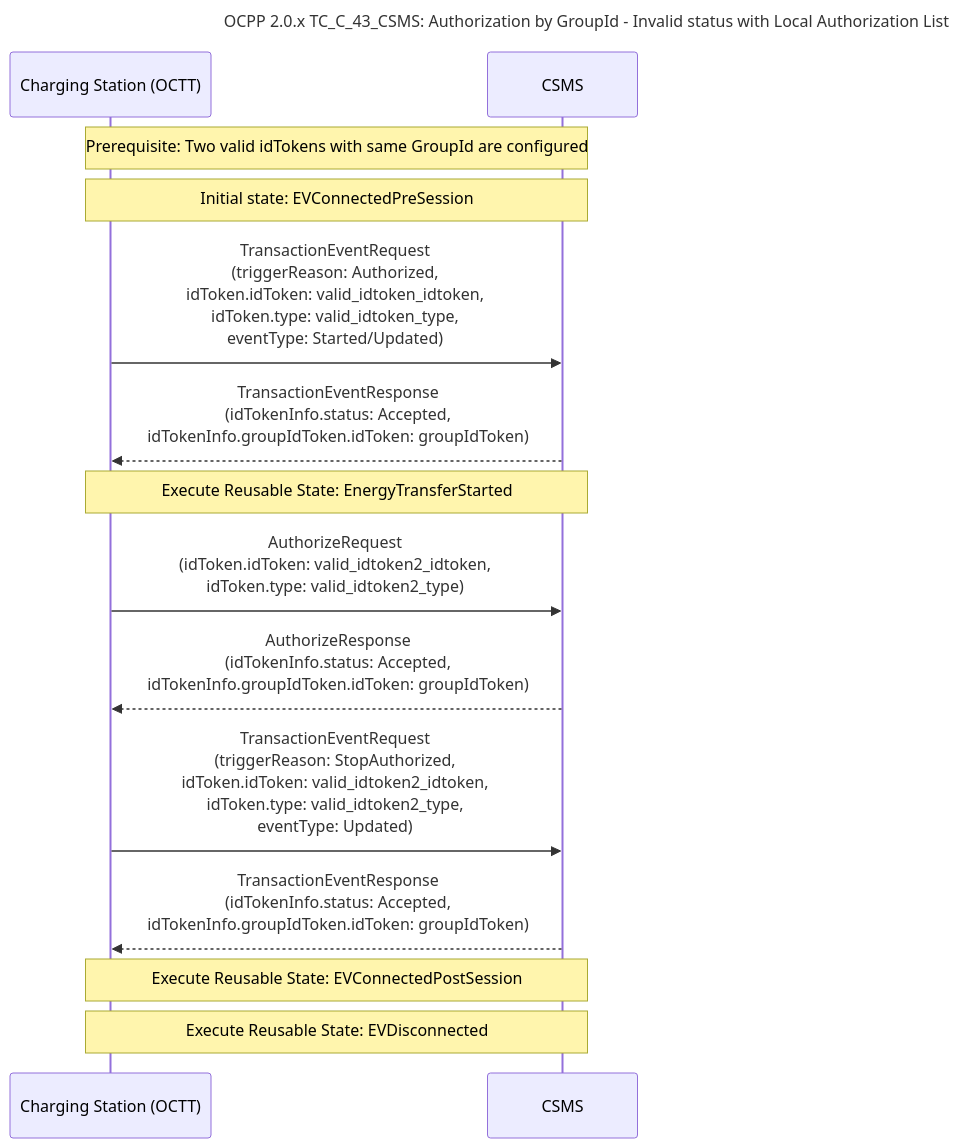
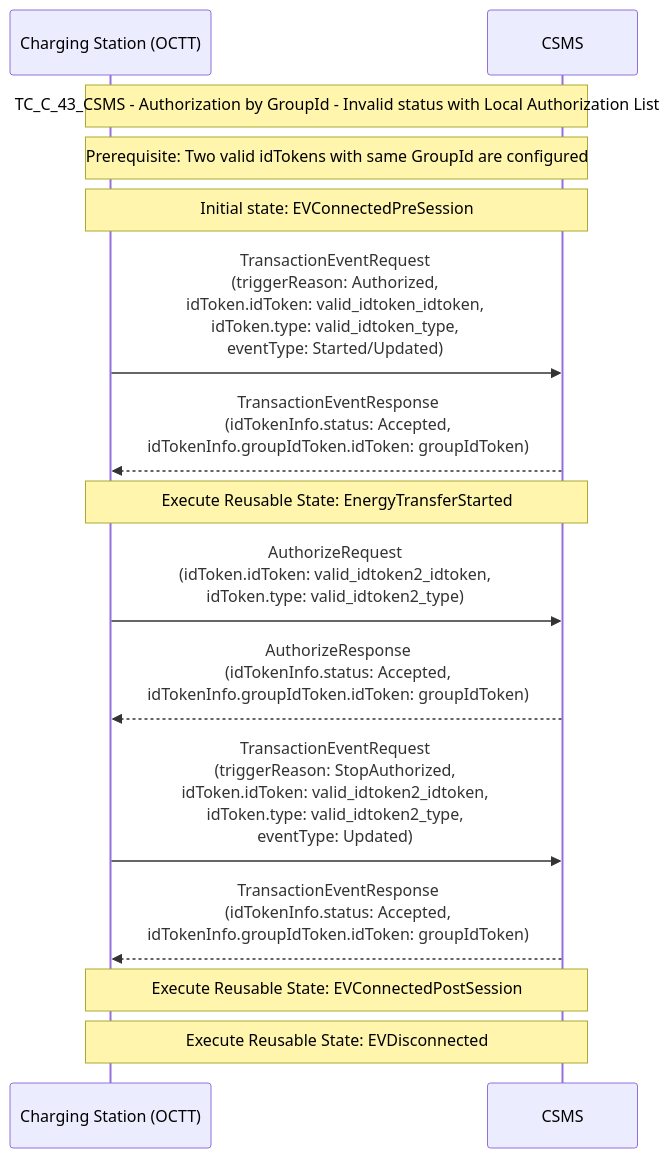
The diagram in C/test_tc_c_43_csms.mermaid (AviranAbady/tzi-OCTT), drawn with Mermaid before and after one commit. The commit also changed 547 other files, not shown here.

```diff
--- a/C/test_tc_c_43_csms.mermaid
+++ b/C/test_tc_c_43_csms.mermaid
@@ -1,21 +1,22 @@
 sequenceDiagram
-    title OCPP 2.0.x TC_C_43_CSMS: Authorization by GroupId - Invalid status with Local Authorization List
     participant CS as Charging Station (OCTT)
     participant CSMS
+
+    Note over CS, CSMS: TC_C_43_CSMS - Authorization by GroupId - Invalid status with Local Authorization List
     
     Note over CS, CSMS: Prerequisite: Two valid idTokens with same GroupId are configured
     Note over CS, CSMS: Initial state: EVConnectedPreSession
     
     CS->>CSMS: TransactionEventRequest<br/>(triggerReason: Authorized,<br/>idToken.idToken: valid_idtoken_idtoken,<br/>idToken.type: valid_idtoken_type,<br/>eventType: Started/Updated)
     CSMS-->>CS: TransactionEventResponse<br/>(idTokenInfo.status: Accepted,<br/>idTokenInfo.groupIdToken.idToken: groupIdToken)
     
     Note over CS, CSMS: Execute Reusable State: EnergyTransferStarted
     
     CS->>CSMS: AuthorizeRequest<br/>(idToken.idToken: valid_idtoken2_idtoken,<br/>idToken.type: valid_idtoken2_type)
     CSMS-->>CS: AuthorizeResponse<br/>(idTokenInfo.status: Accepted,<br/>idTokenInfo.groupIdToken.idToken: groupIdToken)
     
     CS->>CSMS: TransactionEventRequest<br/>(triggerReason: StopAuthorized,<br/>idToken.idToken: valid_idtoken2_idtoken,<br/>idToken.type: valid_idtoken2_type,<br/>eventType: Updated)
     CSMS-->>CS: TransactionEventResponse<br/>(idTokenInfo.status: Accepted,<br/>idTokenInfo.groupIdToken.idToken: groupIdToken)
     
     Note over CS, CSMS: Execute Reusable State: EVConnectedPostSession
     Note over CS, CSMS: Execute Reusable State: EVDisconnected
```
